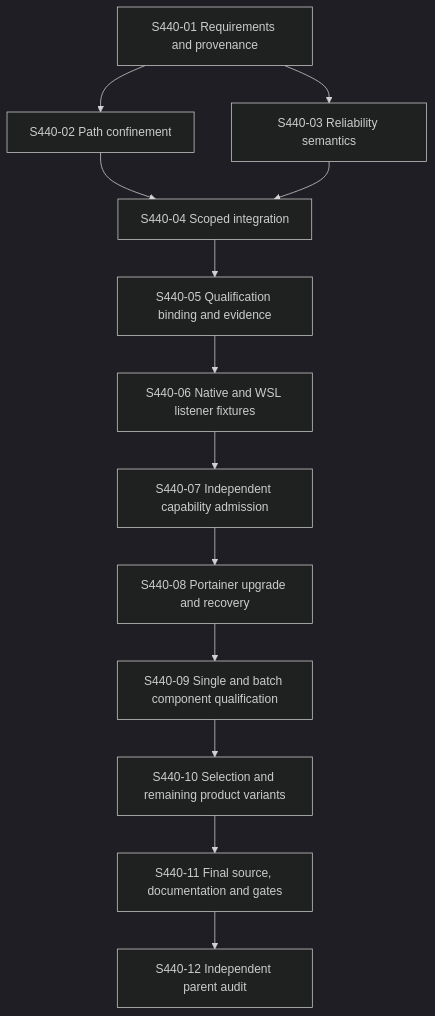
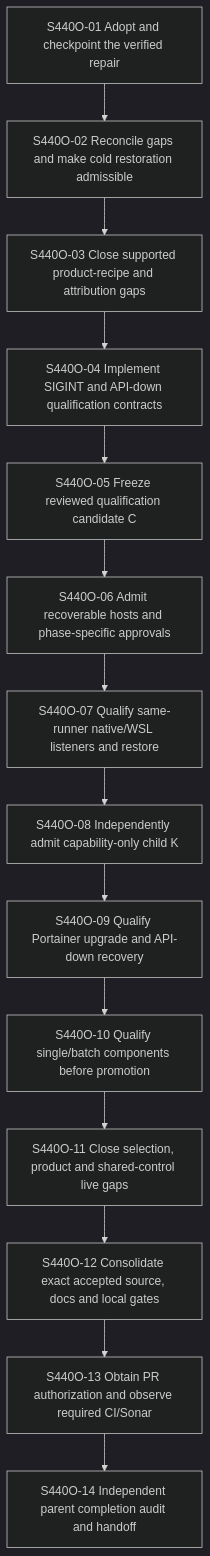
One commit to MatthiasBurger-Coder/Tiny-Swarm-World changed the diagram in documentation/handbook/05-development/workflow/workflow.md. Above: the diagram before and after it, drawn with Mermaid (dark theme). The commit also changed other lines of this file and 8 other files, not shown here.

````diff
--- a/documentation/handbook/05-development/workflow/workflow.md
+++ b/documentation/handbook/05-development/workflow/workflow.md
@@ -141,15 +162,18 @@
 ```mermaid
 flowchart TD
-  S01[S440-01 Requirements and provenance] --> S02[S440-02 Path confinement]
-  S01 --> S03[S440-03 Reliability semantics]
-  S02 --> S04[S440-04 Scoped integration]
-  S03 --> S04
-  S04 --> S05[S440-05 Qualification binding and evidence]
-  S05 --> S06[S440-06 Native and WSL listener fixtures]
-  S06 --> S07[S440-07 Independent capability admission]
-  S07 --> S08[S440-08 Portainer upgrade and recovery]
-  S08 --> S09[S440-09 Single and batch component qualification]
-  S09 --> S10[S440-10 Selection and remaining product variants]
-  S10 --> S11[S440-11 Final source, documentation and gates]
-  S11 --> S12[S440-12 Independent parent audit]
+  O01["S440O-01 Adopt and checkpoint the verified repair"]
+  O02["S440O-02 Reconcile gaps and make cold restoration admissible"]
+  O03["S440O-03 Close supported product-recipe and attribution gaps"]
+  O04["S440O-04 Implement SIGINT and API-down qualification contracts"]
+  O05["S440O-05 Freeze reviewed qualification candidate C"]
+  O06["S440O-06 Admit recoverable hosts and phase-specific approvals"]
+  O07["S440O-07 Qualify same-runner native/WSL listeners and restore"]
+  O08["S440O-08 Independently admit capability-only child K"]
+  O09["S440O-09 Qualify Portainer upgrade and API-down recovery"]
+  O10["S440O-10 Qualify single/batch components before promotion"]
+  O11["S440O-11 Close selection, product and shared-control live gaps"]
+  O12["S440O-12 Consolidate exact accepted source, docs and local gates"]
+  O13["S440O-13 Obtain PR authorization and observe required CI/Sonar"]
+  O14["S440O-14 Independent parent completion audit and handoff"]
+  O01 --> O02 --> O03 --> O04 --> O05 --> O06 --> O07 --> O08 --> O09 --> O10 --> O11 --> O12 --> O13 --> O14
 ```
````
